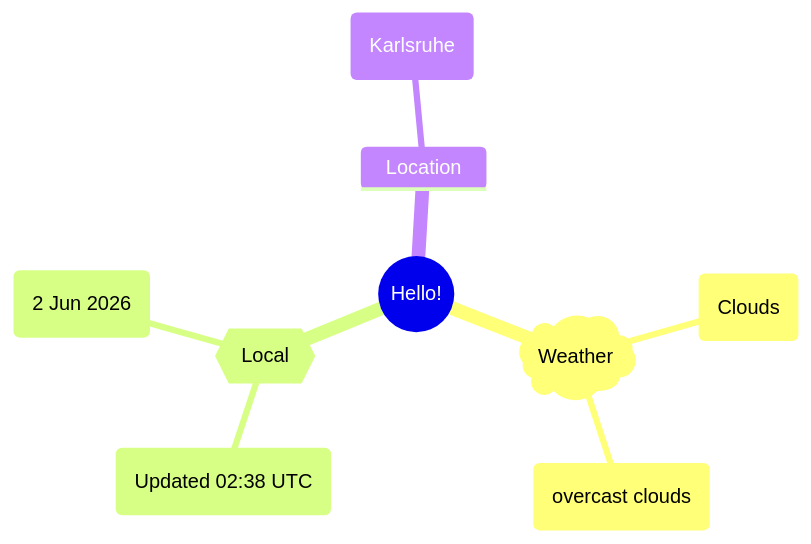
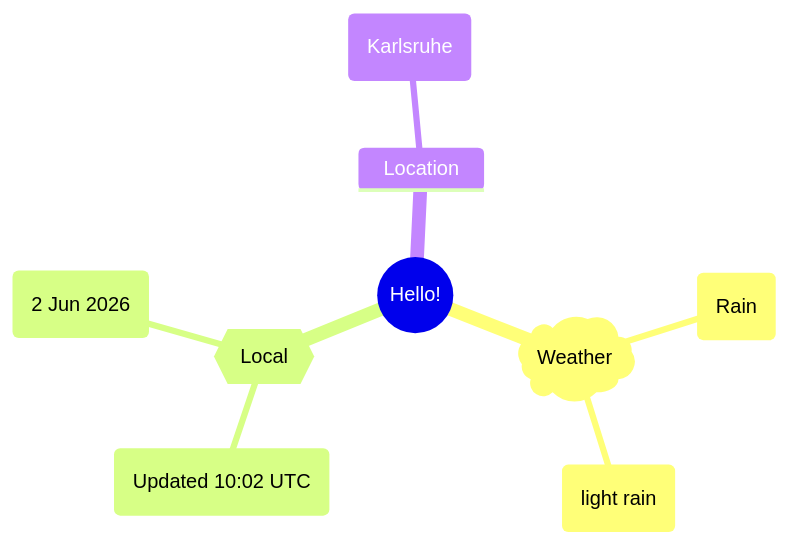
Before and after one commit to Xosrov/Xosrov: the first of 2 diagrams in README.md, drawn with Mermaid.

Commit message:
[bot] updated images

````diff
--- a/README.md
+++ b/README.md
@@ -3,12 +3,12 @@
 ```mermaid
 mindmap
   root((Hello!))
     )Weather(
-        (Clouds)
-        (overcast clouds)
+        (Rain)
+        (light rain)
     {{Local}}
-        (Updated 02:38 UTC)
+        (Updated 10:02 UTC)
         (2 Jun 2026)
     Location
         (Karlsruhe)
 ```
````
